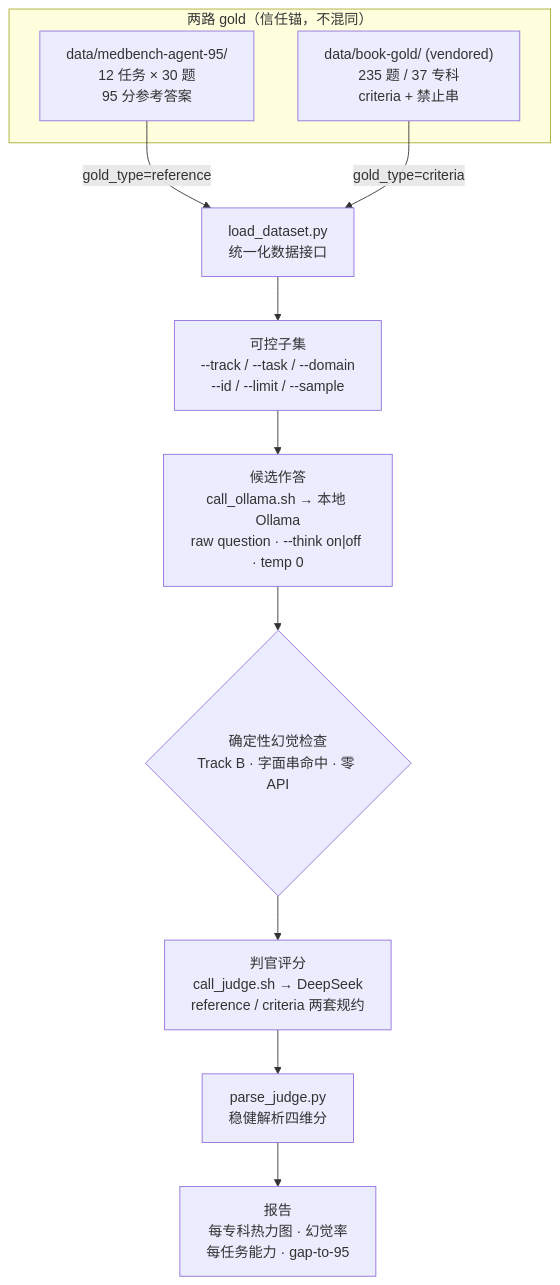
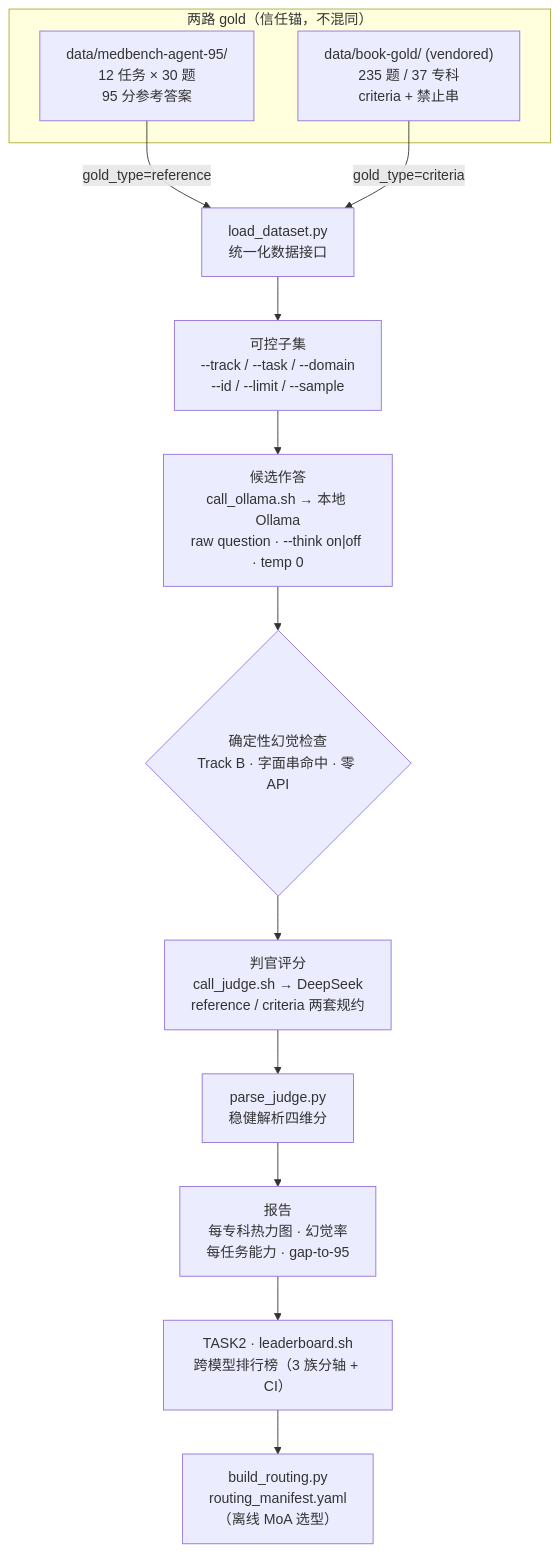
One commit to chenhaodev/med-agent-verifier changed the diagram in README.md. Above: the diagram before and after it, drawn with Mermaid. The commit also changed other lines of this file and 1 other file, not shown here.

First line of the commit message:
docs: reconcile README front matter with TASK2 section (3-tier hallucination metric, full --track values, integrated narrative)

````diff
--- a/README.md
+++ b/README.md
@@ -165,15 +167,17 @@
 ```mermaid
 flowchart TB
     subgraph GOLD["两路 gold（信任锚，不混同）"]
         A["data/medbench-agent-95/<br/>12 任务 × 30 题<br/>95 分参考答案"]
         B["data/book-gold/ (vendored)<br/>235 题 / 37 专科<br/>criteria + 禁止串"]
     end
     A -->|gold_type=reference| L["load_dataset.py<br/>统一化数据接口"]
     B -->|gold_type=criteria| L
     L --> SEL["可控子集<br/>--track / --task / --domain<br/>--id / --limit / --sample"]
     SEL --> RUN["候选作答<br/>call_ollama.sh → 本地 Ollama<br/>raw question · --think on|off · temp 0"]
     RUN --> HC{"确定性幻觉检查<br/>Track B · 字面串命中 · 零 API"}
     HC --> JUDGE["判官评分<br/>call_judge.sh → DeepSeek<br/>reference / criteria 两套规约"]
     JUDGE --> PARSE["parse_judge.py<br/>稳健解析四维分"]
     PARSE --> REP["报告<br/>每专科热力图 · 幻觉率<br/>每任务能力 · gap-to-95"]
+    REP --> LB["TASK2 · leaderboard.sh<br/>跨模型排行榜（3 族分轴 + CI）"]
+    LB --> RM["build_routing.py<br/>routing_manifest.yaml<br/>（离线 MoA 选型）"]
 ```
````
